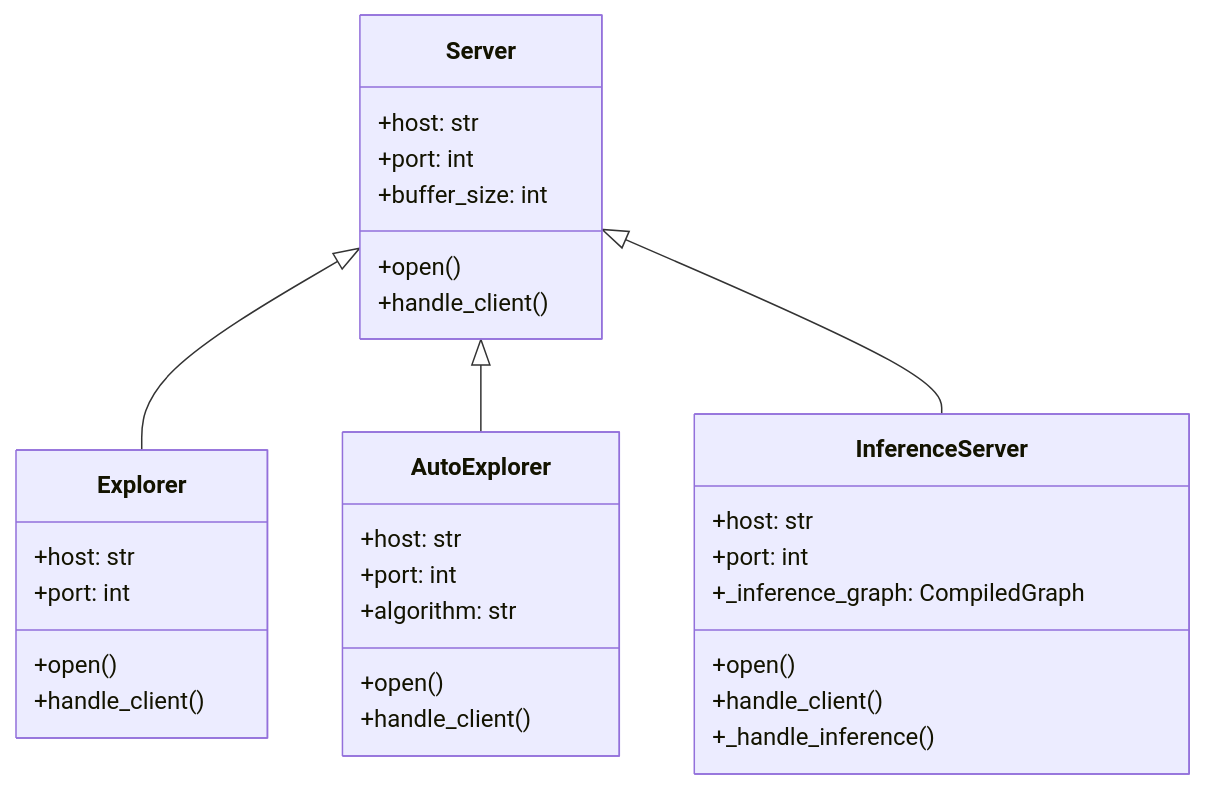
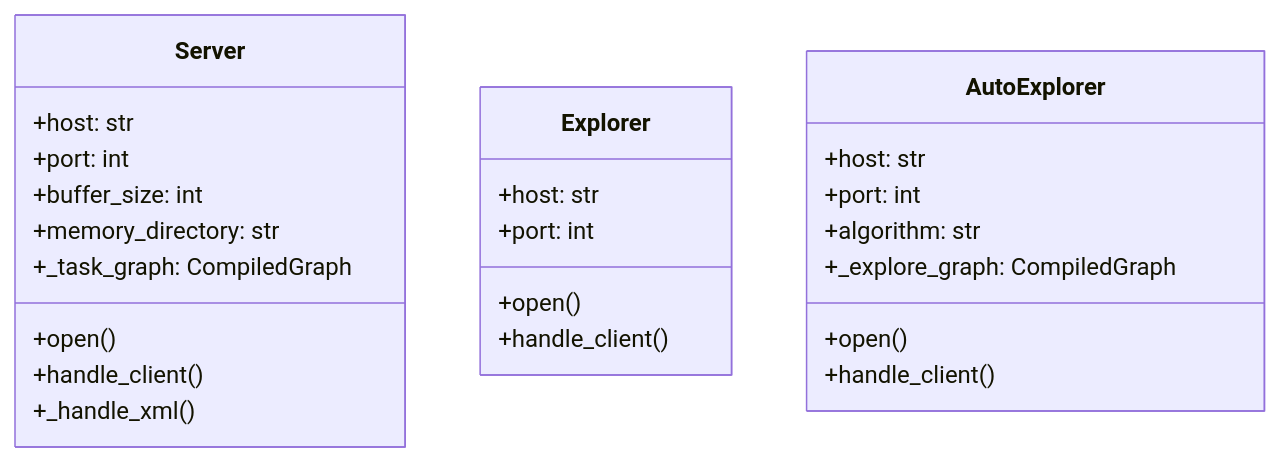
Before and after one commit to SaFD-00/MobileGPT-V2: the second of 18 diagrams in ARCHITECTURE.md, drawn with Mermaid. The commit also changed other lines of this file and 1 other file, not shown here.

````diff
--- a/ARCHITECTURE.md
+++ b/ARCHITECTURE.md
@@ -191,38 +138,29 @@
 ```mermaid
 classDiagram
     class Server {
         +host: str
         +port: int
         +buffer_size: int
+        +memory_directory: str
+        +_task_graph: CompiledGraph
         +open()
         +handle_client()
+        +_handle_xml()
     }
 
     class Explorer {
         +host: str
         +port: int
         +open()
         +handle_client()
     }
 
     class AutoExplorer {
         +host: str
         +port: int
         +algorithm: str
+        +_explore_graph: CompiledGraph
         +open()
         +handle_client()
     }
-
-    class InferenceServer {
-        +host: str
-        +port: int
-        +_inference_graph: CompiledGraph
-        +open()
-        +handle_client()
-        +_handle_inference()
-    }
-
-    Server <|-- Explorer
-    Server <|-- AutoExplorer
-    Server <|-- InferenceServer
 ```
````
